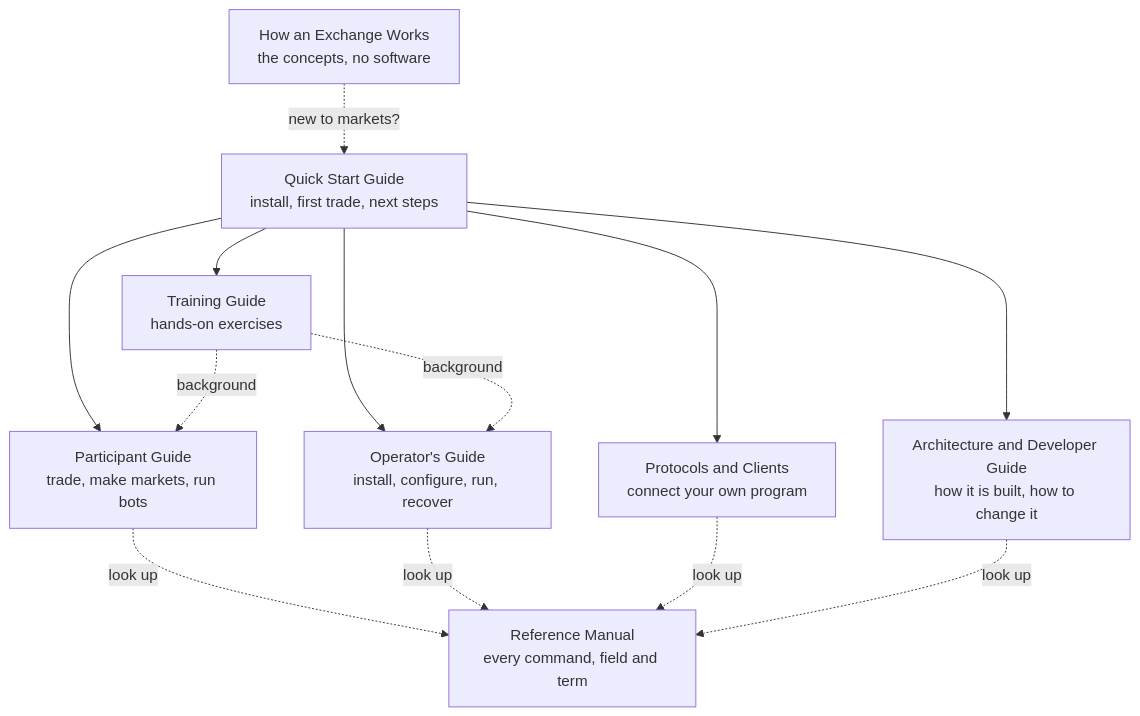
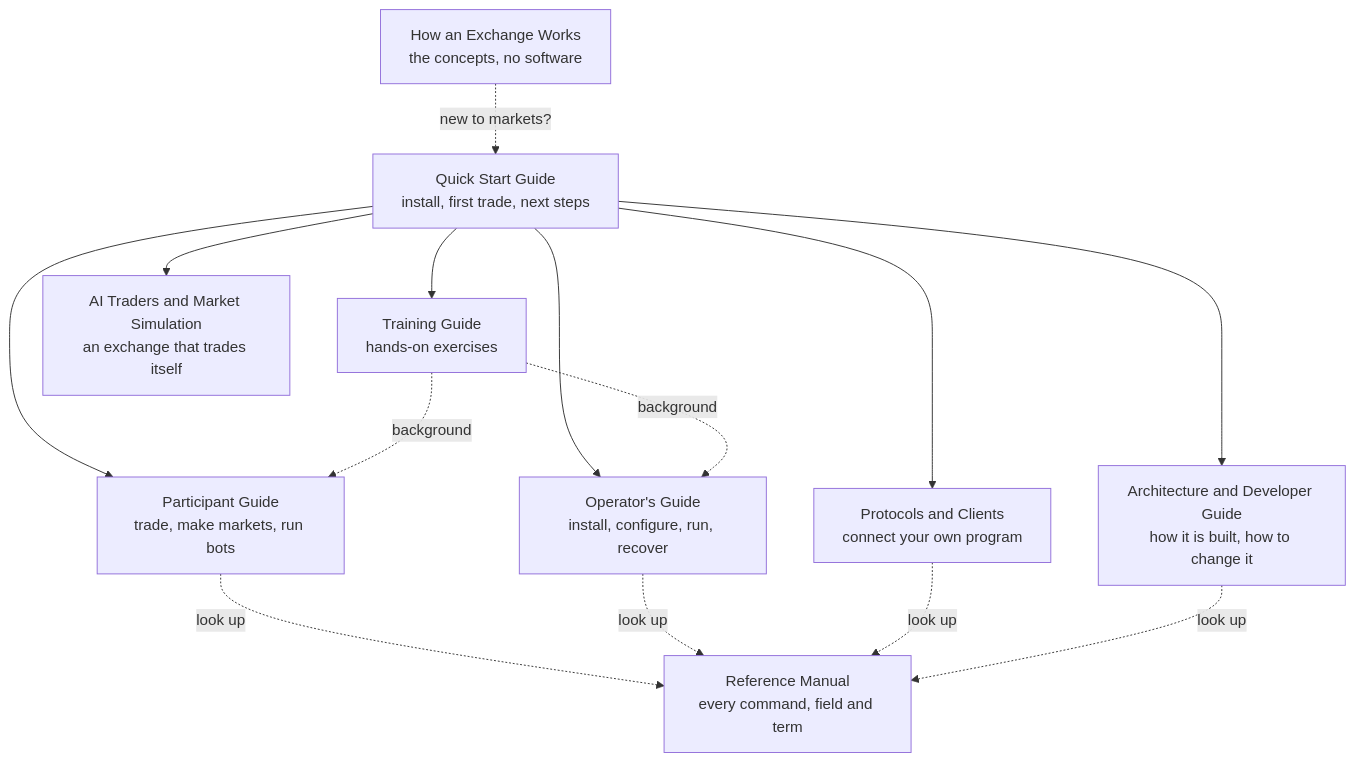
Before and after one commit to johan162/EduMatcher: the diagram in docs/index.md, drawn with Mermaid. The commit also changed other lines of this file and 87 other files, not shown here.

Commit message:
feat(ai-sim): AI Traders and Market Simulation book, edumatcher-ai-sim image and long-run fixes

````diff
--- a/docs/index.md
+++ b/docs/index.md
@@ -36,24 +36,26 @@
 ```mermaid
 flowchart TD
     B0["How an Exchange Works\nthe concepts, no software"]
     QS["Quick Start Guide\ninstall, first trade, next steps"]
     TG["Training Guide\nhands-on exercises"]
     PG["Participant Guide\ntrade, make markets, run bots"]
     OG["Operator's Guide\ninstall, configure, run, recover"]
     PC["Protocols and Clients\nconnect your own program"]
     AD["Architecture and Developer Guide\nhow it is built, how to change it"]
     RM["Reference Manual\nevery command, field and term"]
+    AI["AI Traders and Market Simulation\nan exchange that trades itself"]
 
     B0 -.->|"new to markets?"| QS
+    QS --> AI
     QS --> TG
     QS --> PG
     QS --> OG
     QS --> PC
     QS --> AD
     TG -.->|"background"| PG
     TG -.->|"background"| OG
     PG -.->|"look up"| RM
     OG -.->|"look up"| RM
     PC -.->|"look up"| RM
     AD -.->|"look up"| RM
 ```
````
